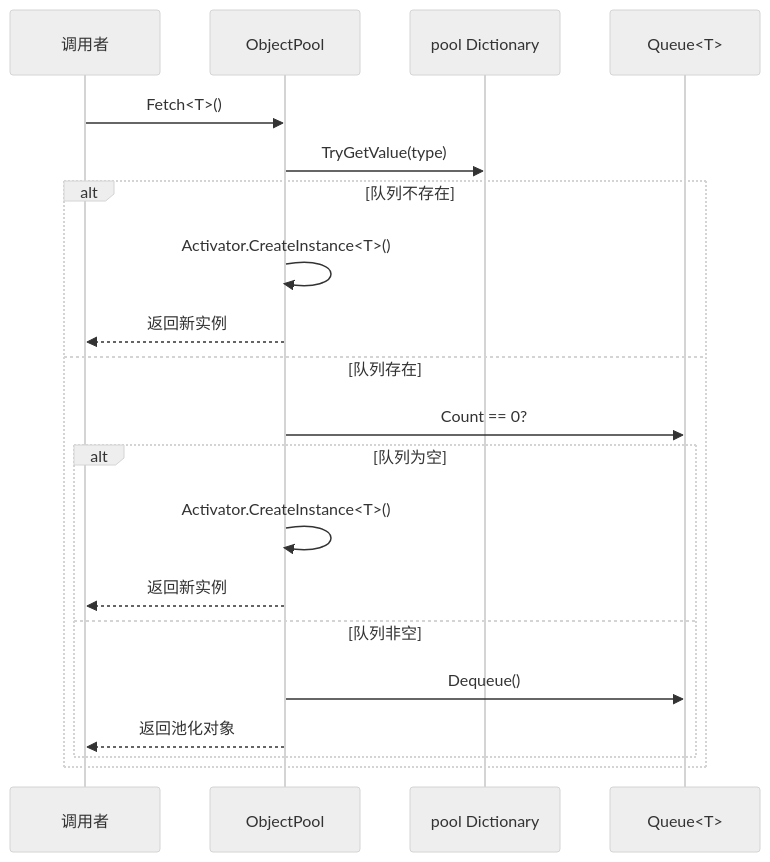
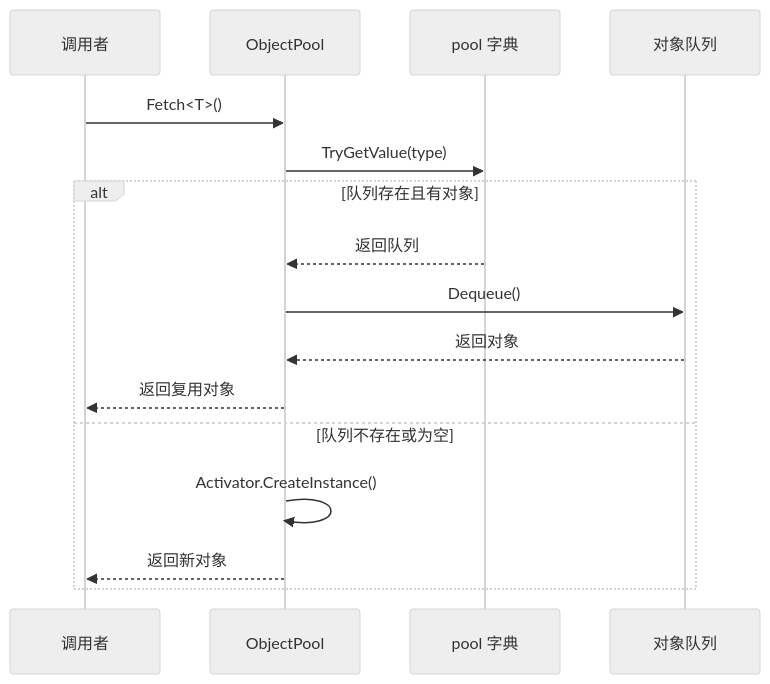
Before and after one commit to acsta/Container: the first of 2 diagrams in Assets/Scripts/Mono/Core/ObjectPool.cs.md, drawn with Mermaid (neutral theme). The commit also changed other lines of this file and 10 other files, not shown here.

First line of the commit message:
docs: 完成核心框架层 11 个文档（ObjectPool/ManagerProvider/IManager/Timer 模块/Log 模块）

````diff
--- a/Assets/Scripts/Mono/Core/ObjectPool.cs.md
+++ b/Assets/Scripts/Mono/Core/ObjectPool.cs.md
@@ -167,23 +149,20 @@
 ```mermaid
 sequenceDiagram
     participant Caller as 调用者
-    participant Pool as ObjectPool
-    participant Dict as pool Dictionary
-    participant Queue as Queue<T>
+    participant OP as ObjectPool
+    participant Pool as pool 字典
+    participant Queue as 对象队列
 
-    Caller->>Pool: Fetch<T>()
-    Pool->>Dict: TryGetValue(type)
-    alt 队列不存在
-        Pool->>Pool: Activator.CreateInstance<T>()
-        Pool-->>Caller: 返回新实例
-    else 队列存在
-        Pool->>Queue: Count == 0?
-        alt 队列为空
-            Pool->>Pool: Activator.CreateInstance<T>()
-            Pool-->>Caller: 返回新实例
-        else 队列非空
-            Pool->>Queue: Dequeue()
-            Pool-->>Caller: 返回池化对象
-        end
+    Caller->>OP: Fetch<T>()
+    OP->>Pool: TryGetValue(type)
+    
+    alt 队列存在且有对象
+        Pool-->>OP: 返回队列
+        OP->>Queue: Dequeue()
+        Queue-->>OP: 返回对象
+        OP-->>Caller: 返回复用对象
+    else 队列不存在或为空
+        OP->>OP: Activator.CreateInstance()
+        OP-->>Caller: 返回新对象
     end
 ```
````
